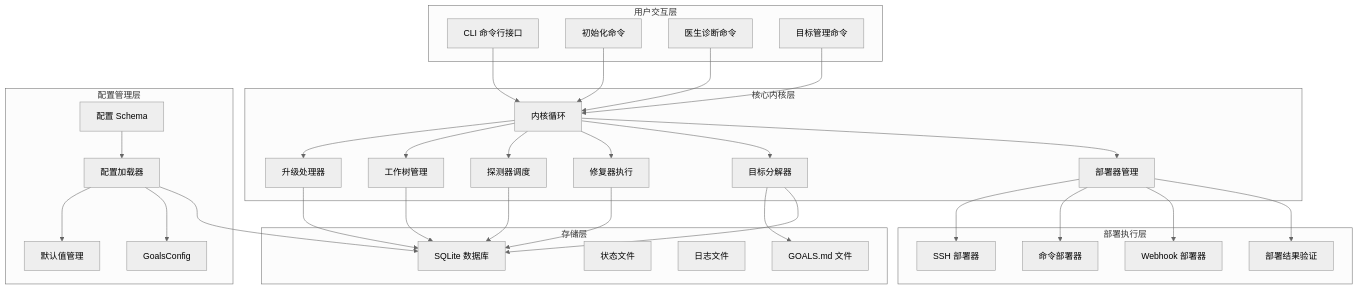
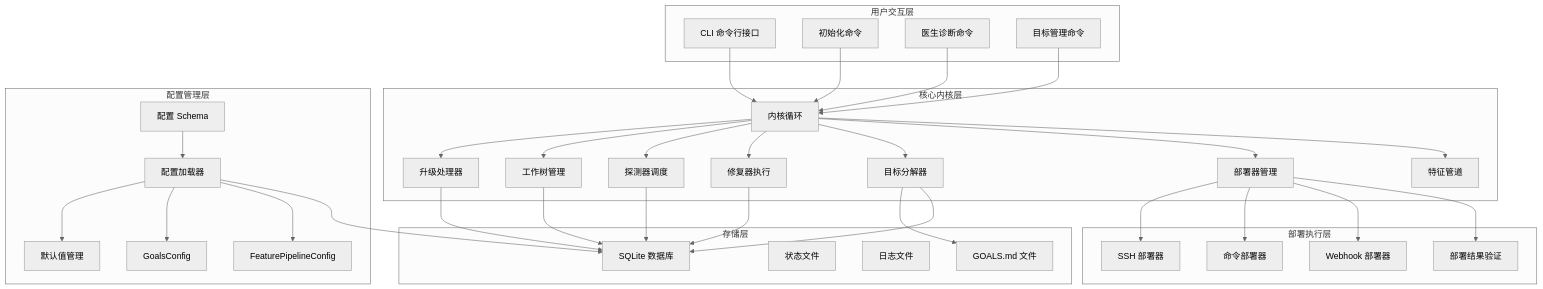
One commit to pinsonchen/vivify changed the second of 16 diagrams in .qoder/repowiki/zh/content/技术实现参考/代码替换策略/核心内核循环和文档更新.md. Above: the diagram before and after it, drawn with Mermaid (neutral theme). The commit also changed other lines of this file and 5 other files, not shown here.

First line of the commit message:
fix: improve feature pipeline change detection to prevent doom loop

````diff
--- a/.qoder/repowiki/zh/content/技术实现参考/代码替换策略/核心内核循环和文档更新.md
+++ b/.qoder/repowiki/zh/content/技术实现参考/代码替换策略/核心内核循环和文档更新.md
@@ -132,60 +139,64 @@
 ```mermaid
 graph TB
 subgraph "用户交互层"
 A[CLI 命令行接口]
 B[初始化命令]
 C[医生诊断命令]
 D[目标管理命令]
 end
 subgraph "核心内核层"
 E[内核循环]
 F[升级处理器]
 G[工作树管理]
 H[探测器调度]
 I[修复器执行]
 J[目标分解器]
 K[部署器管理]
+L[特征管道]
 end
 subgraph "配置管理层"
-L[配置 Schema]
-M[配置加载器]
-N[默认值管理]
-O[GoalsConfig]
+M[配置 Schema]
+N[配置加载器]
+O[默认值管理]
+P[GoalsConfig]
+Q[FeaturePipelineConfig]
 end
 subgraph "存储层"
-P[SQLite 数据库]
-Q[状态文件]
-R[日志文件]
-S[GOALS.md 文件]
+R[SQLite 数据库]
+S[状态文件]
+T[日志文件]
+U[GOALS.md 文件]
 end
 subgraph "部署执行层"
-T[SSH 部署器]
-U[命令部署器]
-V[Webhook 部署器]
-W[部署结果验证]
+V[SSH 部署器]
+W[命令部署器]
+X[Webhook 部署器]
+Y[部署结果验证]
 end
 A --> E
 B --> E
 C --> E
 D --> E
 E --> F
 E --> G
 E --> H
 E --> I
 E --> J
 E --> K
-F --> P
-G --> P
-H --> P
-I --> P
-J --> S
-J --> P
-K --> T
-K --> U
+E --> L
+F --> R
+G --> R
+H --> R
+I --> R
+J --> U
+J --> R
 K --> V
 K --> W
-L --> M
+K --> X
+K --> Y
 M --> N
-M --> O
-M --> P
+N --> O
+N --> P
+N --> Q
+N --> R
 ```
````
